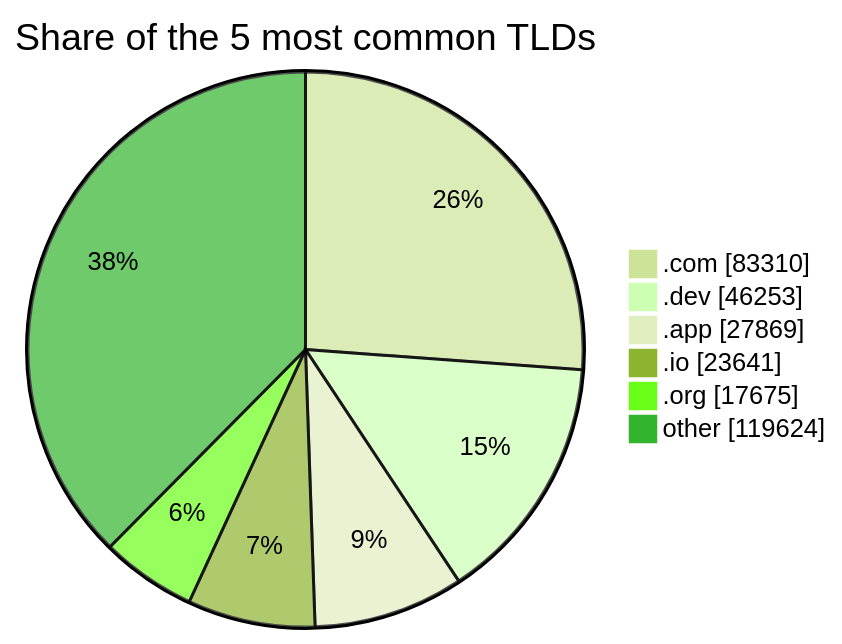
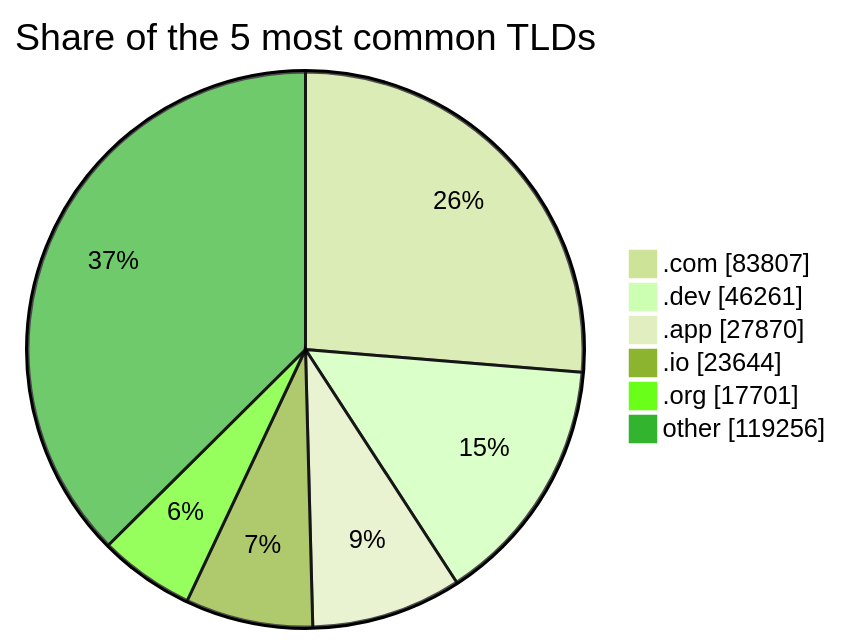
The third of 3 diagrams in README.md (DNSBunker/CTI), drawn with Mermaid (forest theme) before and after one commit. The commit also changed other lines of this file and 3 other files, not shown here.

````diff
--- a/README.md
+++ b/README.md
@@ -81,9 +81,9 @@
 ```mermaid
 pie showData title Share of the 5 most common TLDs
-    ".com" : 83310
-    ".dev" : 46253
-    ".app" : 27869
-    ".io" : 23641
-    ".org" : 17675
-    "other" : 119624
+    ".com" : 83807
+    ".dev" : 46261
+    ".app" : 27870
+    ".io" : 23644
+    ".org" : 17701
+    "other" : 119256
 ```
````
